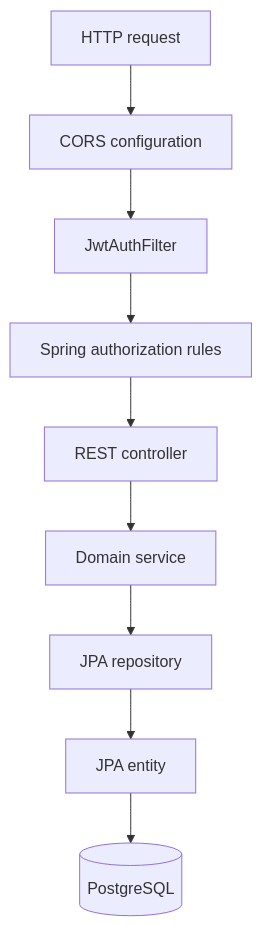
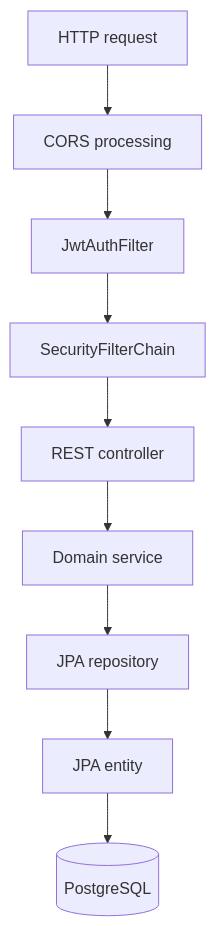
One commit to yassineao/poetsanders changed the fifth of 17 diagrams in README.md. Above: the diagram before and after it, drawn with Mermaid. The commit also changed other lines of this file, not shown here.

````diff
--- a/README.md
+++ b/README.md
@@ -287,21 +398,15 @@
 ```mermaid
 flowchart TD
     Request[HTTP request]
-    Cors[CORS configuration]
-    JwtFilter[JwtAuthFilter]
-    Authorization[Spring authorization rules]
+    Cors[CORS processing]
+    Filter[JwtAuthFilter]
+    Authorization[SecurityFilterChain]
     Controller[REST controller]
     Service[Domain service]
     Repository[JPA repository]
     Entity[JPA entity]
     DB[(PostgreSQL)]
 
-    Request --> Cors
-    Cors --> JwtFilter
-    JwtFilter --> Authorization
-    Authorization --> Controller
-    Controller --> Service
-    Service --> Repository
-    Repository --> Entity
-    Entity --> DB
+    Request --> Cors --> Filter --> Authorization
+    Authorization --> Controller --> Service --> Repository --> Entity --> DB
 ```
````
